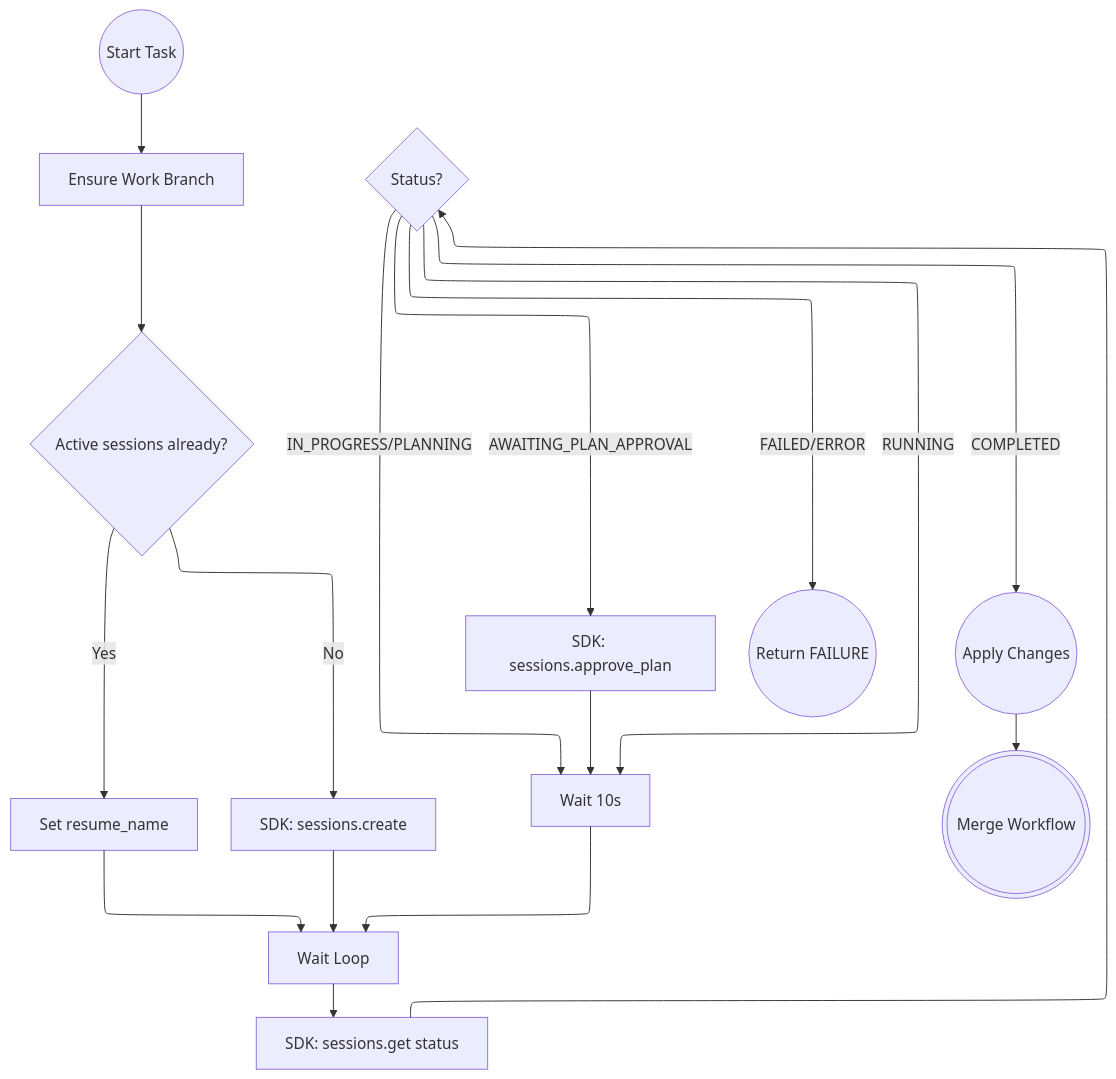
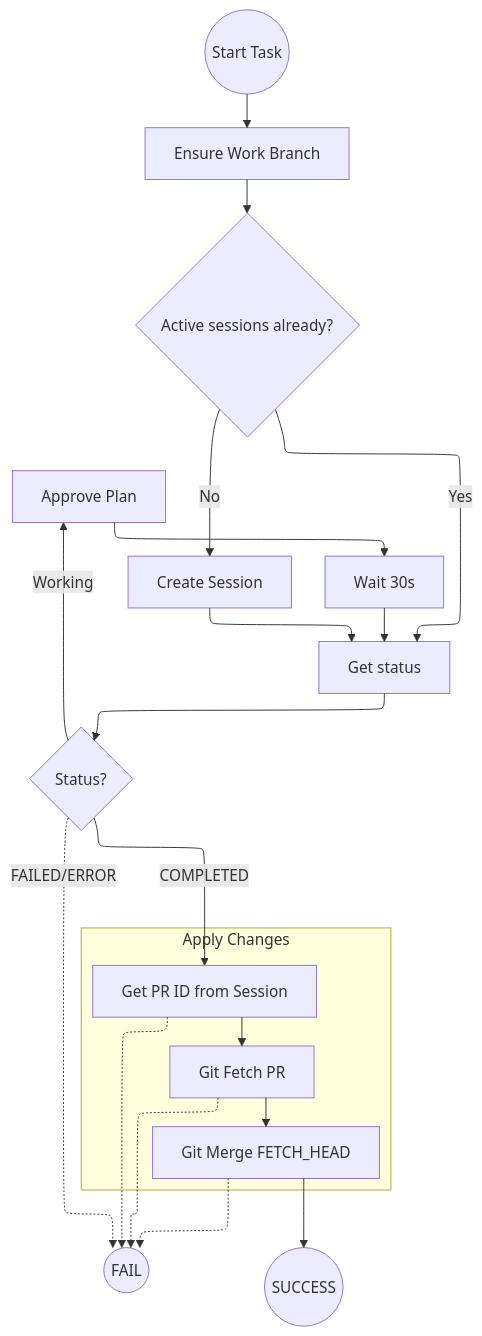
One commit to JonathanHarford/verne_durand changed the second of 2 diagrams in README.md. Above: the diagram before and after it, drawn with Mermaid. The commit also changed other lines of this file and 2 other files, not shown here.

Commit message:
feat: enhance PR handling by updating workflow diagrams, implementing direct PR fetching, and adding a PR output inspection script.

````diff
--- a/README.md
+++ b/README.md
@@ -64,31 +70,34 @@
 ```mermaid
 ---
 config:
   layout: elk
 ---
 flowchart TD
     Entry((Start Task)) --> EnsureBranch[Ensure Work Branch]
     EnsureBranch --> CheckExisting{Active sessions already?}
 
-    CheckExisting -- Yes --> UseExisting[Set resume_name]
-    CheckExisting -- No --> StartNew[SDK: sessions.create]
+    CheckExisting -- Yes --> Poll[Get status]
+    CheckExisting -- No --> StartNew[Create Session]
+    StartNew --> Poll
 
-    UseExisting --> WaitLoop
-    StartNew --> WaitLoop[Wait Loop]
-
-    WaitLoop --> Poll[SDK: sessions.get status]
     Poll --> Status{Status?}
 
-    Status -- AWAITING_PLAN_APPROVAL --> Approve[SDK: sessions.approve_plan]
-    Approve --> WaitWait
+    Status -- Working --> Approve[Approve Plan]
+    Approve --> Wait[Wait 30s]
+    Wait --> Poll
 
-    Status -- IN_PROGRESS/PLANNING --> WaitWait[Wait 10s]
-    WaitWait --> WaitLoop
-
-    Status -- RUNNING --> WaitWait
-
-    Status -- FAILED/ERROR --> ReturnFail((Return FAILURE))
-    Status -- COMPLETED --> ApplyChanges((Apply Changes))
-
-    ApplyChanges --> MergeWorkflow(((Merge Workflow)))
+    Status -. FAILED/ERROR .-> ReturnFail((FAIL))
+    Status -- COMPLETED --> CheckOutputs[Get PR ID from Session]
+    subgraph "Apply Changes"
+    CheckOutputs --> FetchPR[Git Fetch PR]
+    
+    
+    
+    FetchPR --> Merge[Git Merge FETCH_HEAD]
+    
+    end
+    Merge --> MergeSuccess((SUCCESS))
+    FetchPR -.-> ReturnFail
+    CheckOutputs -.-> ReturnFail
+    Merge -.-> ReturnFail
 ```
````
